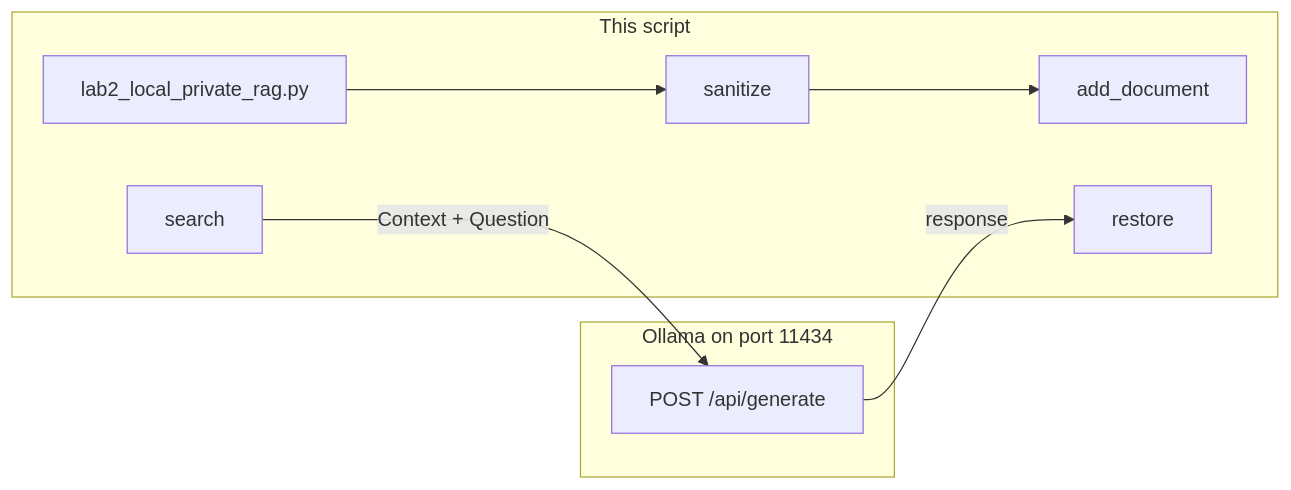
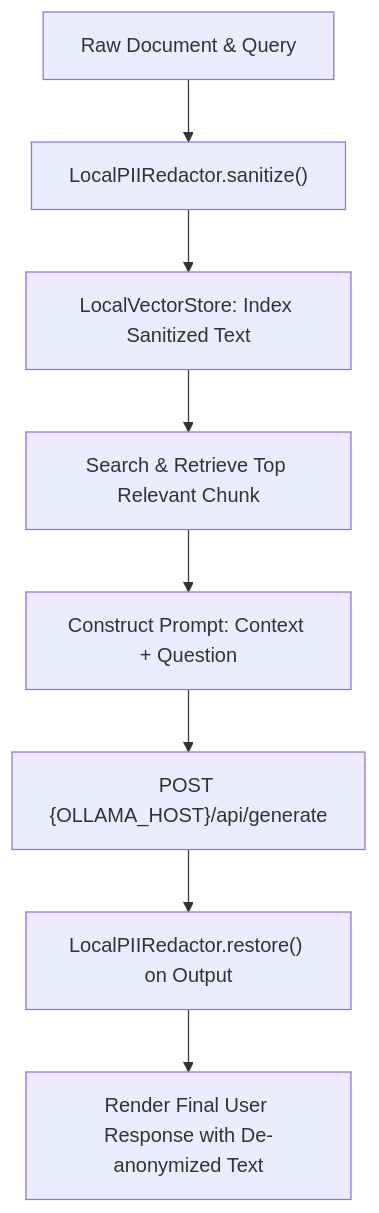
One commit to jacobbweber/AgenticAI-Labs changed the diagram in education/09_agentic_memory_and_rag/lab2_local_private_rag.md. Above: the diagram before and after it, drawn with Mermaid. The commit also changed other lines of this file and 123 other files, not shown here.

````diff
--- a/education/09_agentic_memory_and_rag/lab2_local_private_rag.md
+++ b/education/09_agentic_memory_and_rag/lab2_local_private_rag.md
@@ -14,17 +22,10 @@
 ```mermaid
-flowchart LR
-    subgraph rag_lab3_script [This script]
-        S["lab2_local_private_rag.py"]
-        RED["sanitize"]
-        IDX["add_document"]
-        Q["search"]
-        RST["restore"]
-    end
-    subgraph rag_lab3_host [Ollama on port 11434]
-        H["POST /api/generate"]
-    end
-    S --> RED
-    RED --> IDX
-    Q -->|"Context + Question"| H
-    H -->|"response"| RST
+flowchart TD
+    A["Raw Document & Query"] --> B["LocalPIIRedactor.sanitize()"]
+    B --> C["LocalVectorStore: Index Sanitized Text"]
+    C --> D["Search & Retrieve Top Relevant Chunk"]
+    D --> E["Construct Prompt: Context + Question"]
+    E --> F["POST {OLLAMA_HOST}/api/generate"]
+    F --> G["LocalPIIRedactor.restore() on Output"]
+    G --> H["Render Final User Response with De-anonymized Text"]
 ```
````
